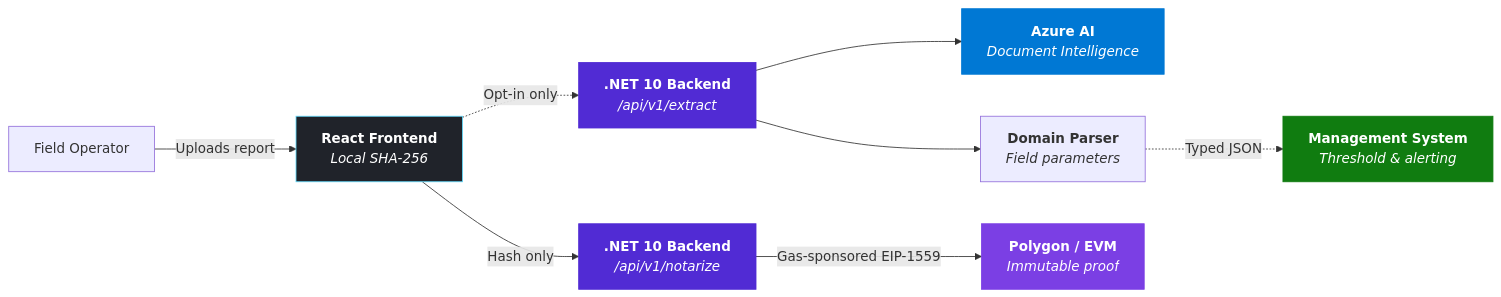
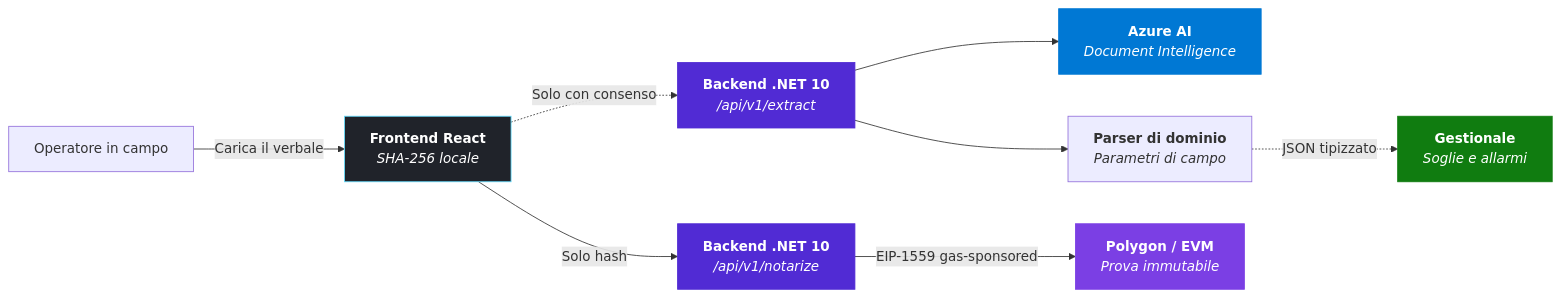
One commit to N0g4D/azure-web3-notarizer changed the first of 2 diagrams in README.md. Above: the diagram before and after it, drawn with Mermaid. The commit also changed other lines of this file, not shown here.

```diff
--- a/README.md
+++ b/README.md
@@ -77,19 +77,19 @@
 ~~~mermaid
 graph LR
-    OP["Field Operator"] -->|"Uploads report"| BROWSER["<b>React Frontend</b><br/><i>Local SHA-256</i>"]
+    OP["Operatore in campo"] -->|"Carica il verbale"| BROWSER["<b>Frontend React</b><br/><i>SHA-256 locale</i>"]
 
-    BROWSER -.->|"Opt-in only"| API2["<b>.NET 10 Backend</b><br/><i>/api/v1/extract</i>"]
+    BROWSER -.->|"Solo con consenso"| API2["<b>Backend .NET 10</b><br/><i>/api/v1/extract</i>"]
     API2 --> AZURE["<b>Azure AI</b><br/><i>Document Intelligence</i>"]
-    API2 --> PARSER["<b>Domain Parser</b><br/><i>Field parameters</i>"]
+    API2 --> PARSER["<b>Parser di dominio</b><br/><i>Parametri di campo</i>"]
 
-    BROWSER -->|"Hash only"| API["<b>.NET 10 Backend</b><br/><i>/api/v1/notarize</i>"]
-    API -->|"Gas-sponsored EIP-1559"| CHAIN["<b>Polygon / EVM</b><br/><i>Immutable proof</i>"]
-    PARSER -.->|"Typed JSON"| ERP["<b>Management System</b><br/><i>Threshold & alerting</i>"]
+    BROWSER -->|"Solo hash"| API["<b>Backend .NET 10</b><br/><i>/api/v1/notarize</i>"]
+    API -->|"EIP-1559 gas-sponsored"| CHAIN["<b>Polygon / EVM</b><br/><i>Prova immutabile</i>"]
+    PARSER -.->|"JSON tipizzato"| ERP["<b>Gestionale</b><br/><i>Soglie e allarmi</i>"]
 
     style BROWSER fill:#20232a,stroke:#61dafb,color:#fff
     style API fill:#512bd4,stroke:#512bd4,color:#fff
     style API2 fill:#512bd4,stroke:#512bd4,color:#fff
     style AZURE fill:#0078D4,stroke:#0078D4,color:#fff
     style CHAIN fill:#7B3FE4,stroke:#7B3FE4,color:#fff
     style ERP fill:#107C10,stroke:#107C10,color:#fff
 ~~~
```
